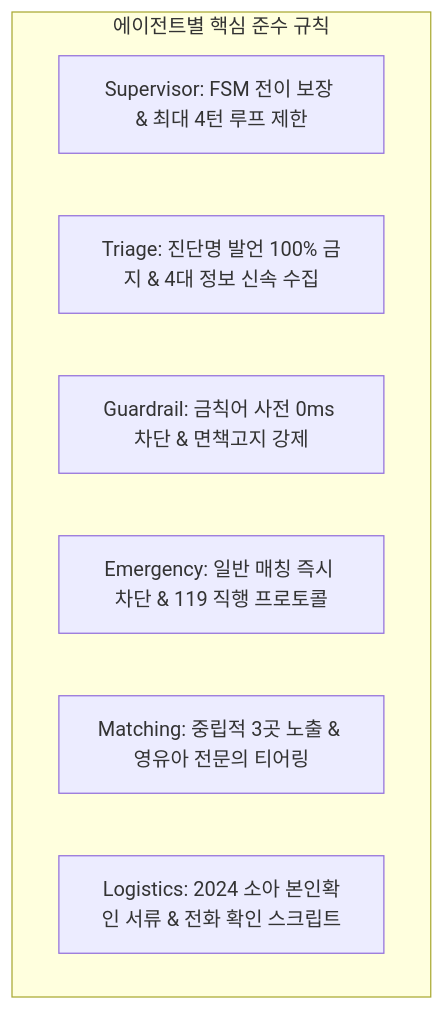
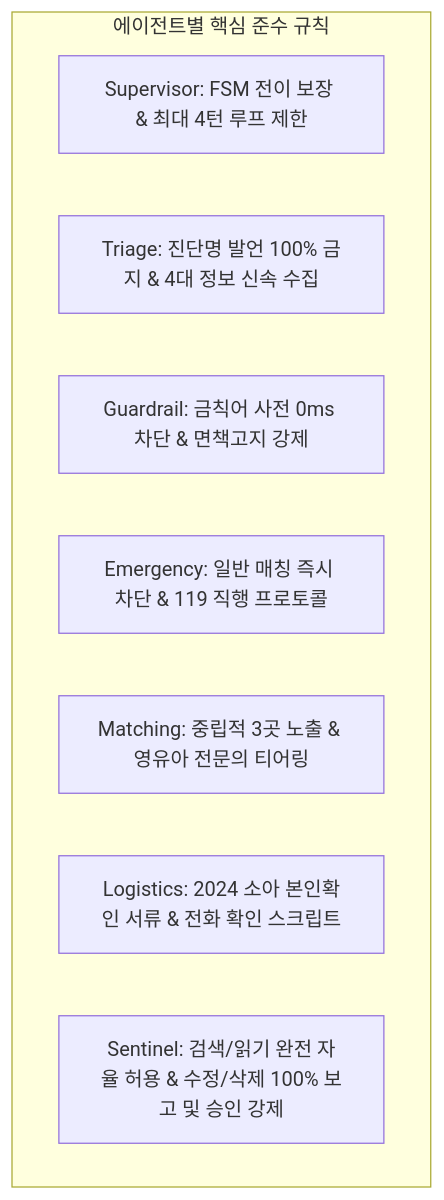
Before and after one commit to yeongsik0914/isoom: the second of 11 diagrams in docs/PROJECT_PLAN.md, drawn with Mermaid. The commit also changed other lines of this file and 7 other files, not shown here.

````diff
--- a/docs/PROJECT_PLAN.md
+++ b/docs/PROJECT_PLAN.md
@@ -177,11 +187,12 @@
 ```mermaid
 flowchart TD
     subgraph AgentRules [에이전트별 핵심 준수 규칙]
         R1[Supervisor: FSM 전이 보장 & 최대 4턴 루프 제한]
         R2[Triage: 진단명 발언 100% 금지 & 4대 정보 신속 수집]
         R3[Guardrail: 금칙어 사전 0ms 차단 & 면책고지 강제]
         R4[Emergency: 일반 매칭 즉시 차단 & 119 직행 프로토콜]
         R5[Matching: 중립적 3곳 노출 & 영유아 전문의 티어링]
         R6[Logistics: 2024 소아 본인확인 서류 & 전화 확인 스크립트]
+        R7[Sentinel: 검색/읽기 완전 자율 허용 & 수정/삭제 100% 보고 및 승인 강제]
     end
 ```
````
